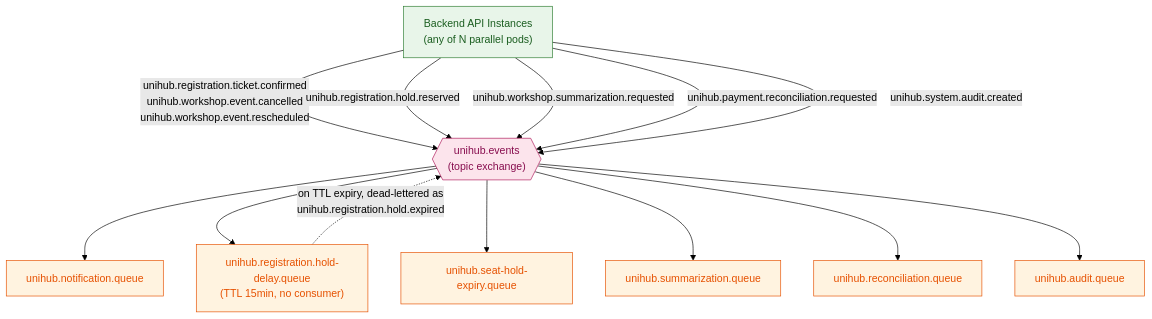
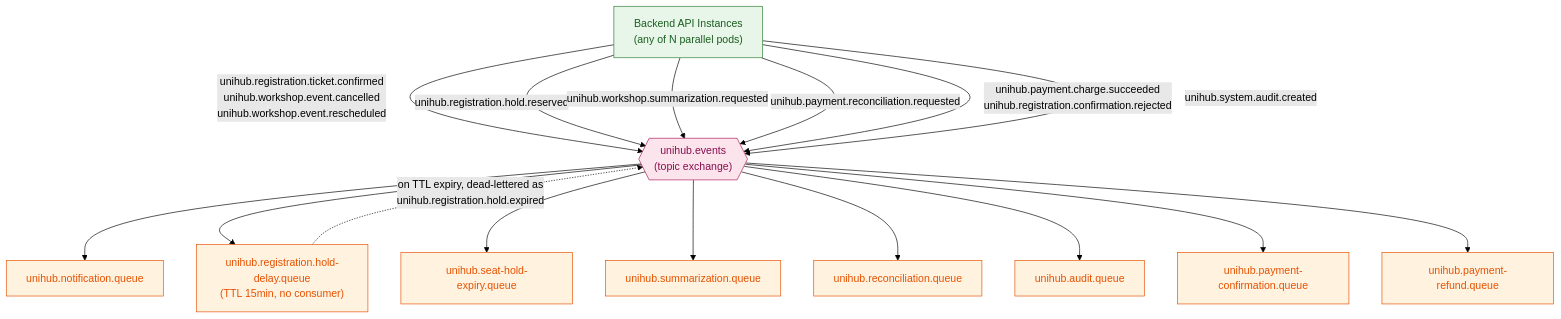
Before and after one commit to tiennt220805/UniHub: the first of 2 diagrams in docs/technical-design/platform/messaging.md, drawn with Mermaid (forest theme). The commit also changed other lines of this file, not shown here.

First line of the commit message:
docs(messaging): payment hand-off and refund compensation queues

````diff
--- a/docs/technical-design/platform/messaging.md
+++ b/docs/technical-design/platform/messaging.md
@@ -75,28 +79,31 @@
 ```mermaid
 flowchart TB
     Producers["Backend API Instances\n(any of N parallel pods)"]
     Exchange{{"unihub.events\n(topic exchange)"}}
 
     Producers -->|"unihub.registration.ticket.confirmed\nunihub.workshop.event.cancelled\nunihub.workshop.event.rescheduled"| Exchange
     Producers -->|"unihub.registration.hold.reserved"| Exchange
     Producers -->|"unihub.workshop.summarization.requested"| Exchange
     Producers -->|"unihub.payment.reconciliation.requested"| Exchange
+    Producers -->|"unihub.payment.charge.succeeded\nunihub.registration.confirmation.rejected"| Exchange
     Producers -->|"unihub.system.audit.created"| Exchange
 
     Exchange --> QNotif["unihub.notification.queue"]
     Exchange --> QDelay["unihub.registration.hold-delay.queue\n(TTL 15min, no consumer)"]
     Exchange --> QExpiry["unihub.seat-hold-expiry.queue"]
     Exchange --> QSummary["unihub.summarization.queue"]
     Exchange --> QRecon["unihub.reconciliation.queue"]
     Exchange --> QAudit["unihub.audit.queue"]
+    Exchange --> QPayConf["unihub.payment-confirmation.queue"]
+    Exchange --> QPayRefund["unihub.payment-refund.queue"]
 
     QDelay -.->|"on TTL expiry, dead-lettered as\nunihub.registration.hold.expired"| Exchange
 
     classDef apiStyle fill:#E8F5E9,stroke:#2E7D32,color:#1B5E20
     classDef exStyle fill:#FCE4EC,stroke:#AD1457,color:#880E4F
     classDef qStyle fill:#FFF3E0,stroke:#E65100,color:#E65100
 
     class Producers apiStyle
     class Exchange exStyle
-    class QNotif,QDelay,QExpiry,QSummary,QRecon,QAudit qStyle
+    class QNotif,QDelay,QExpiry,QSummary,QRecon,QAudit,QPayConf,QPayRefund qStyle
 ```
````
